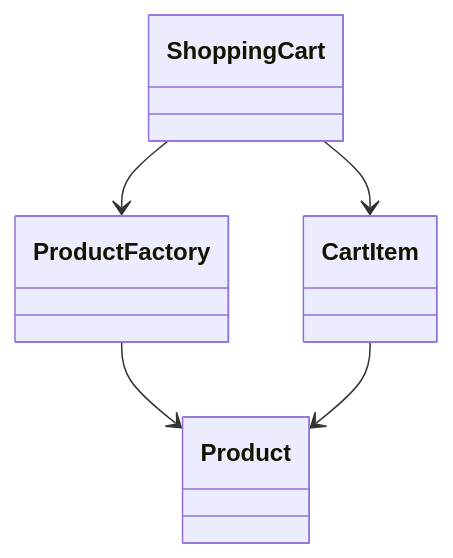
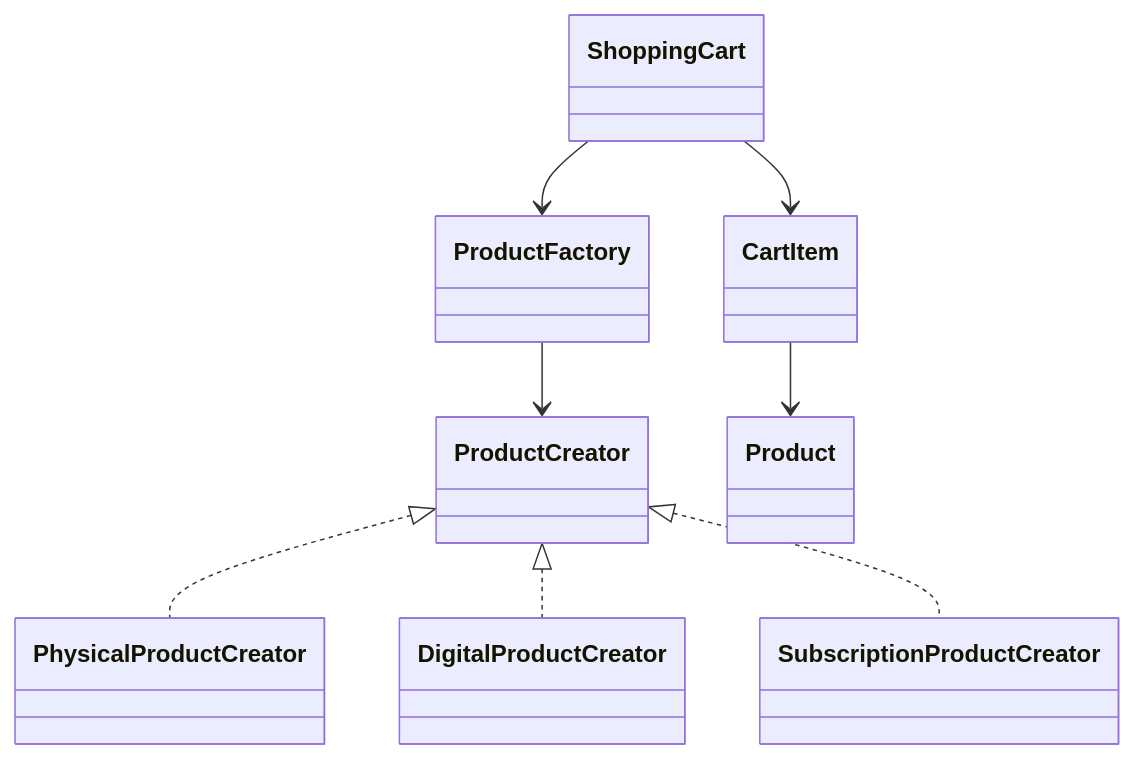
The diagram in README.md (ArcielB/evolving-cart-patterns), drawn with Mermaid before and after one commit. The commit also changed other lines of this file and 6 other files, not shown here.

Commit message:
refactor: clarify Factory Method product creators

````diff
--- a/README.md
+++ b/README.md
@@ -46,7 +46,10 @@
 ```mermaid
 classDiagram
     ShoppingCart --> ProductFactory
-    ProductFactory --> Product
+    ProductFactory --> ProductCreator
+    ProductCreator <|.. PhysicalProductCreator
+    ProductCreator <|.. DigitalProductCreator
+    ProductCreator <|.. SubscriptionProductCreator
     ShoppingCart --> CartItem
     CartItem --> Product
 ```
````
